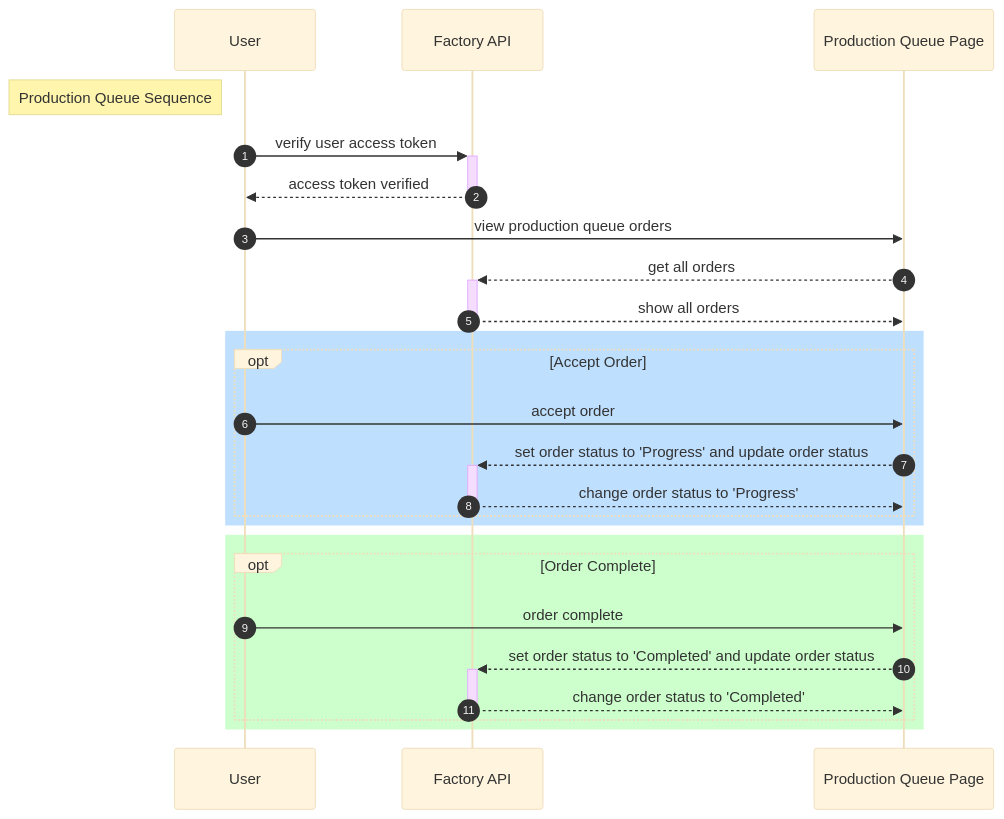
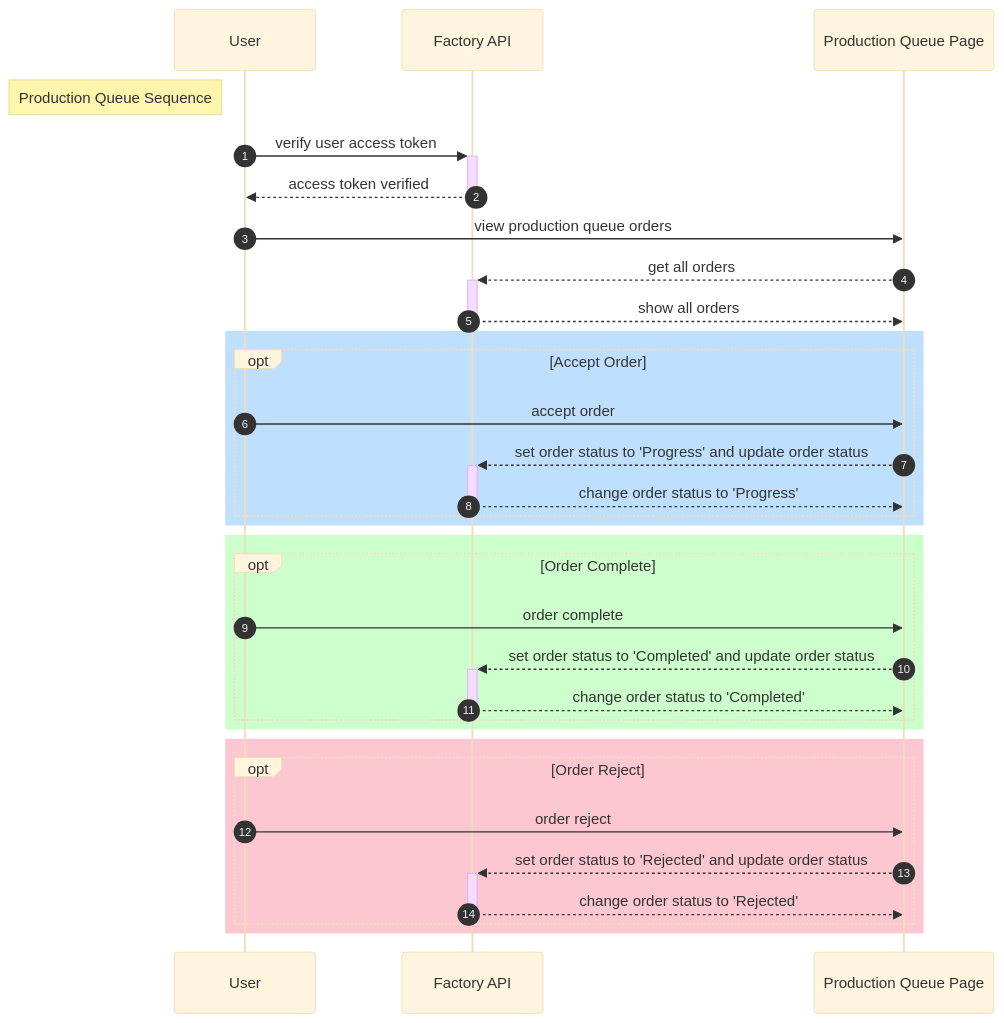
Before and after one commit to qxduddes/factory-sdd: the ninth of 9 diagrams in readme.md, drawn with Mermaid (base theme). The commit also changed other lines of this file, not shown here.

Commit message:
fix data model spacing

````diff
--- a/readme.md
+++ b/readme.md
@@ -183,24 +183,31 @@
 ```mermaid
     sequenceDiagram
     autonumber
     Note left of User:Production Queue Sequence
     User->>+Factory API:verify user access token;
     Factory API-->>-User:access token verified;
     User->>Production Queue Page:view production queue orders;
     Production Queue Page-->>+Factory API:get all orders;
     Factory API-->>-Production Queue Page:show all orders;
     rect rgb(191, 223, 255)
     opt Accept Order
     User->>Production Queue Page:accept order;
     Production Queue Page-->>+Factory API:set order status to 'Progress' and update order status;
     Factory API-->>-Production Queue Page:change order status to 'Progress';
     end
     end
     rect rgb(204, 255, 204)
     opt Order Complete
     User->>Production Queue Page:order complete;
     Production Queue Page-->>+Factory API:set order status to 'Completed' and update order status;
     Factory API-->>-Production Queue Page:change order status to 'Completed';
     end
     end
+    rect rgb(253, 199, 209)
+    opt Order Reject
+    User->>Production Queue Page:order reject;
+    Production Queue Page-->>+Factory API:set order status to 'Rejected' and update order status;
+    Factory API-->>-Production Queue Page:change order status to 'Rejected';
+    end
+    end
 ```
````
